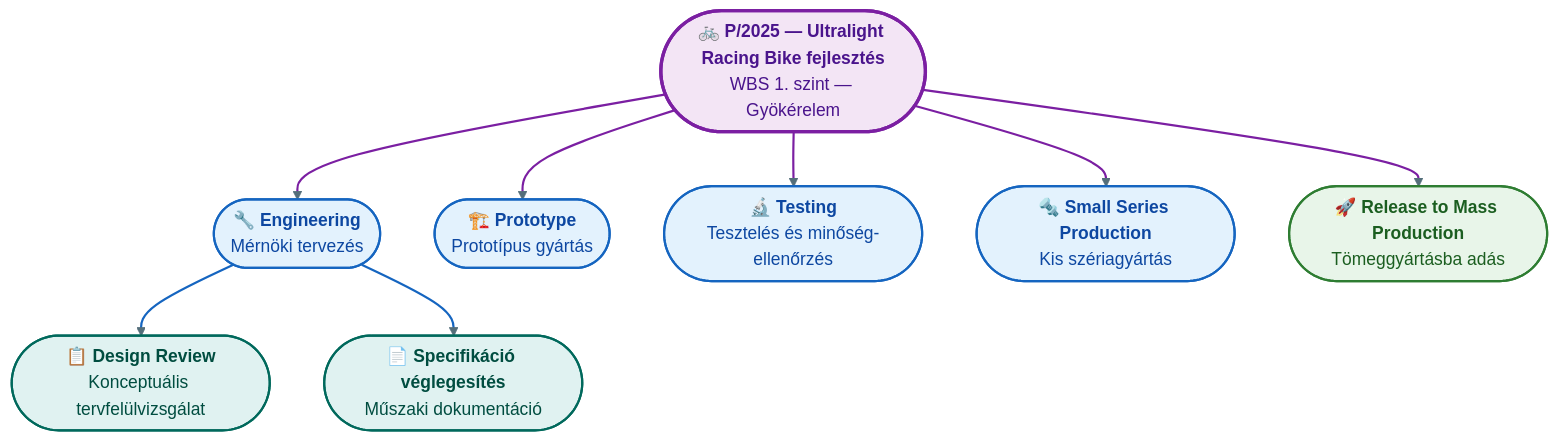
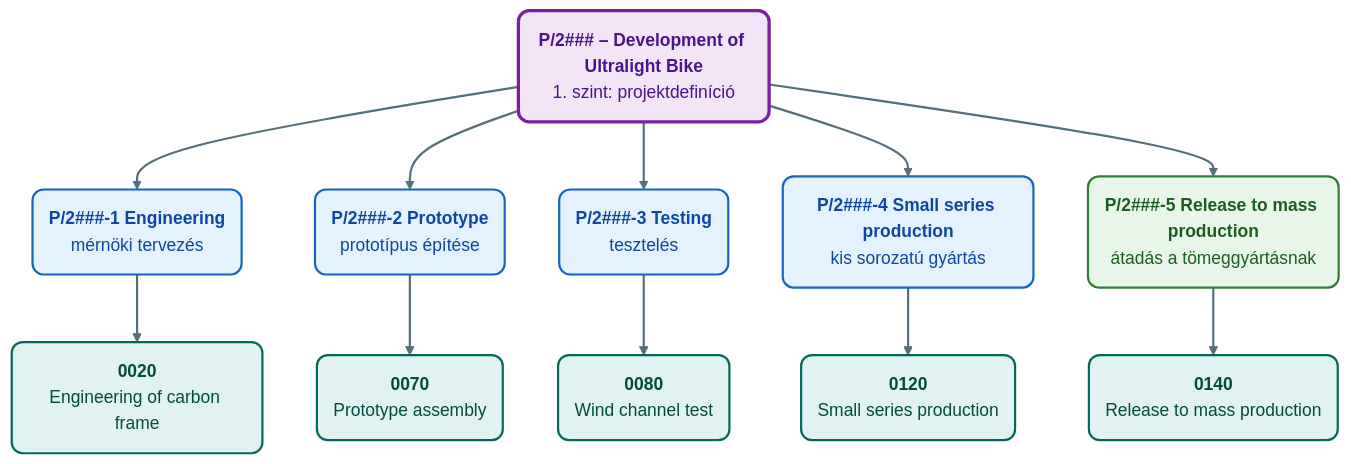
One commit to denespocsik/MM_BSC_Zarovizsga changed the first of 4 diagrams in Tételek/V15-GMXIV2MBLF-ERP projektmenedzsment és üzemeltetés.tétel.md. Above: the diagram before and after it, drawn with Mermaid. The commit also changed other lines of this file and 2 other files, not shown here.

````diff
--- a/Tételek/V15-GMXIV2MBLF-ERP projektmenedzsment és üzemeltetés.tétel.md
+++ b/Tételek/V15-GMXIV2MBLF-ERP projektmenedzsment és üzemeltetés.tétel.md
@@ -36,28 +46,32 @@
 ```mermaid
 flowchart TD
-    ROOT(["🚲 <b>P/2025 — Ultralight Racing Bike fejlesztés</b><br/>WBS 1. szint — Gyökérelem"]):::lilaH
-    ENG(["🔧 <b>Engineering</b><br/>Mérnöki tervezés"]):::kek
-    PROTO(["🏗️ <b>Prototype</b><br/>Prototípus gyártás"]):::kek
-    TEST(["🔬 <b>Testing</b><br/>Tesztelés és minőség-ellenőrzés"]):::kek
-    SMALL(["🔩 <b>Small Series Production</b><br/>Kis szériagyártás"]):::kek
-    RELEASE(["🚀 <b>Release to Mass Production</b><br/>Tömeggyártásba adás"]):::zold
-    DR(["📋 <b>Design Review</b><br/>Konceptuális tervfelülvizsgálat"]):::turkiz
-    SPEC(["📄 <b>Specifikáció véglegesítés</b><br/>Műszaki dokumentáció"]):::turkiz
+    ROOT("<b>P/2### – Development of Ultralight Bike</b><br/>1. szint: projektdefiníció"):::lilaH
+    ENG("<b>P/2###-1 Engineering</b><br/>mérnöki tervezés"):::kek
+    PROTO("<b>P/2###-2 Prototype</b><br/>prototípus építése"):::kek
+    TEST("<b>P/2###-3 Testing</b><br/>tesztelés"):::kek
+    SMALL("<b>P/2###-4 Small series production</b><br/>kis sorozatú gyártás"):::kek
+    REL("<b>P/2###-5 Release to mass production</b><br/>átadás a tömeggyártásnak"):::zold
+    A20("<b>0020</b><br/>Engineering of carbon frame"):::turkiz
+    A70("<b>0070</b><br/>Prototype assembly"):::turkiz
+    A80("<b>0080</b><br/>Wind channel test"):::turkiz
+    A120("<b>0120</b><br/>Small series production"):::turkiz
+    A140("<b>0140</b><br/>Release to mass production"):::turkiz
 
     ROOT --> ENG
     ROOT --> PROTO
     ROOT --> TEST
     ROOT --> SMALL
-    ROOT --> RELEASE
-    ENG --> DR
-    ENG --> SPEC
+    ROOT --> REL
+    ENG --> A20
+    PROTO --> A70
+    TEST --> A80
+    SMALL --> A120
+    REL --> A140
 
     classDef kek    fill:#e3f2fd,stroke:#1565c0,stroke-width:2px,color:#0d47a1,rx:10,ry:10;
     classDef zold   fill:#e8f5e9,stroke:#2e7d32,stroke-width:2px,color:#1b5e20,rx:10,ry:10;
+    classDef turkiz fill:#e0f2f1,stroke:#00695c,stroke-width:2px,color:#004d40,rx:10,ry:10;
     classDef lilaH  fill:#f3e5f5,stroke:#7b1fa2,stroke-width:3px,color:#4a148c,rx:10,ry:10;
-    classDef turkiz fill:#e0f2f1,stroke:#00695c,stroke-width:2px,color:#004d40,rx:10,ry:10;
 
     linkStyle default stroke:#546e7a,stroke-width:2px;
-    linkStyle 0,1,2,3,4 stroke:#7b1fa2,stroke-width:2px;
-    linkStyle 5,6 stroke:#1565c0,stroke-width:2px;
 ```
````
